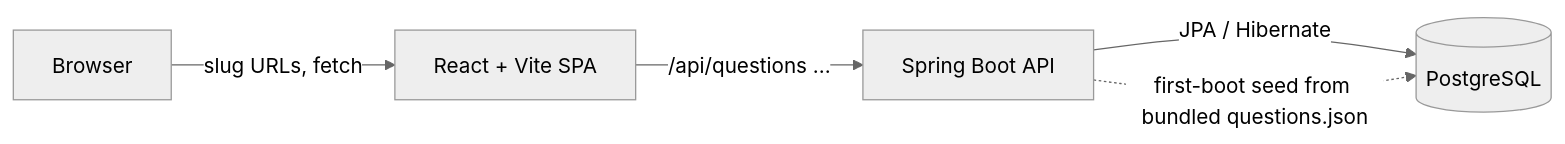
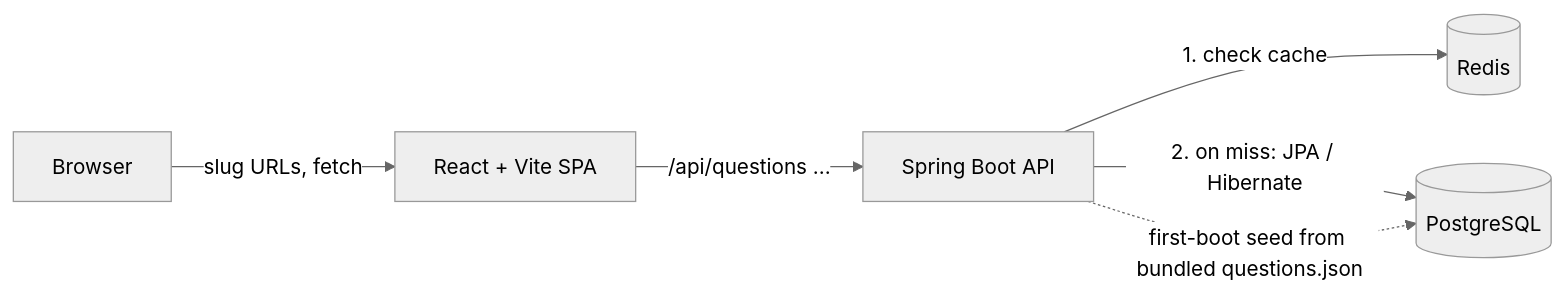
The diagram in README.md (kaushikpuka1998/Java-React-Interview-dashboard), drawn with Mermaid (neutral theme) before and after one commit. The commit also changed other lines of this file, not shown here.

````diff
--- a/README.md
+++ b/README.md
@@ -60,7 +61,8 @@
 ```mermaid
 flowchart LR
   U[Browser] -->|slug URLs, fetch| FE[React + Vite SPA]
   FE -->|/api/questions ...| BE[Spring Boot API]
-  BE -->|JPA / Hibernate| DB[(PostgreSQL)]
+  BE -->|1. check cache| R[(Redis)]
+  BE -->|2. on miss: JPA / Hibernate| DB[(PostgreSQL)]
   BE -.->|first-boot seed from bundled questions.json| DB
 ```
````
